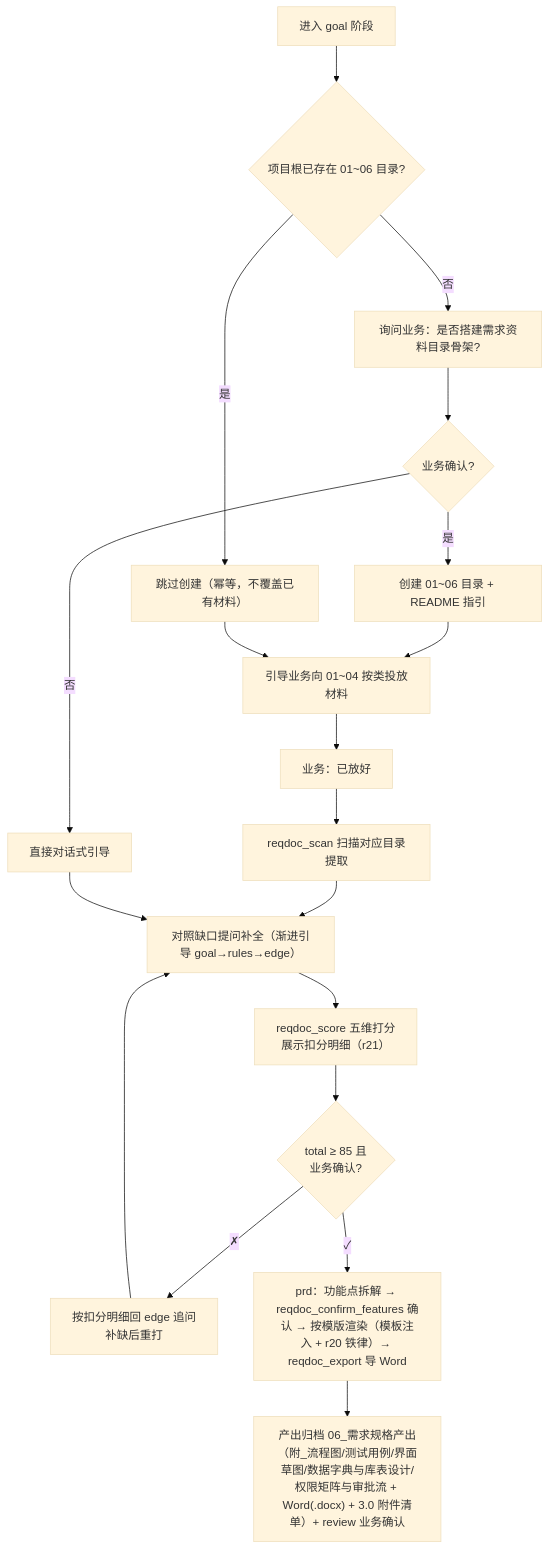
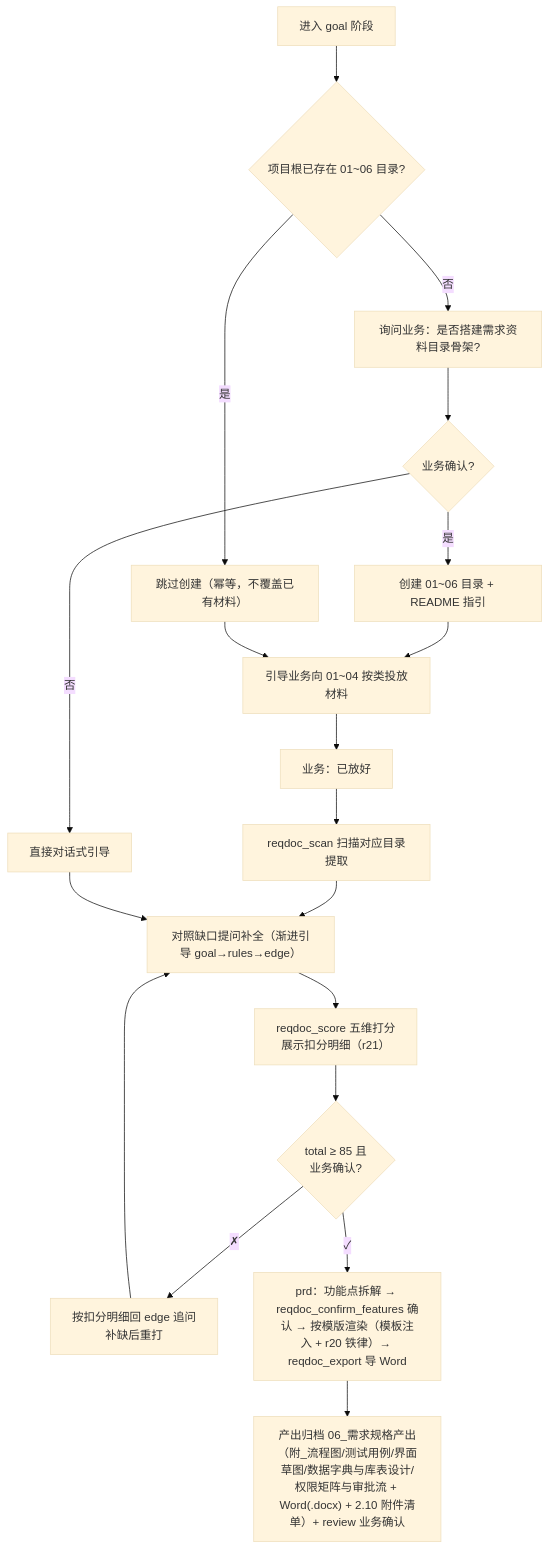
Diagram 17 of 17 in opencode-session-mgmt/docs/session-management.md (wonglaitung/opencode), drawn with Mermaid (base theme) before and after one commit. The commit also changed other lines of this file and 5 other files, not shown here.

````diff
--- a/opencode-session-mgmt/docs/session-management.md
+++ b/opencode-session-mgmt/docs/session-management.md
@@ -1500,21 +1500,21 @@
 ```mermaid
 flowchart TD
     A["进入 goal 阶段"] --> B{"项目根已存在 01~06 目录?"}
     B -- "否" --> C["询问业务：是否搭建需求资料目录骨架?"]
     C --> D{"业务确认?"}
     D -- "是" --> E["创建 01~06 目录 + README 指引"]
     D -- "否" --> F["直接对话式引导"]
     B -- "是" --> G["跳过创建（幂等，不覆盖已有材料）"]
     E --> H["引导业务向 01~04 按类投放材料"]
     G --> H
     H --> I["业务：已放好"]
     I --> J["reqdoc_scan 扫描对应目录提取"]
     J --> K["对照缺口提问补全（渐进引导 goal→rules→edge）"]
     F --> K
     K --> S["reqdoc_score 五维打分<br/>展示扣分明细（r21）"]
     S --> SG{"total ≥ 85 且<br/>业务确认?"}
     SG -->|"✗"| K2["按扣分明细回 edge 追问<br/>补缺后重打"]
     K2 --> K
     SG -->|"✓"| L["prd：功能点拆解 → reqdoc_confirm_features 确认 → 按模版渲染（模板注入 + r20 铁律）→ reqdoc_export 导 Word"]
-    L --> M["产出归档 06_需求规格产出（附_流程图/测试用例/界面草图/数据字典与库表设计/权限矩阵与审批流 + Word(.docx) + 3.0 附件清单）+ review 业务确认"]
+    L --> M["产出归档 06_需求规格产出（附_流程图/测试用例/界面草图/数据字典与库表设计/权限矩阵与审批流 + Word(.docx) + 2.10 附件清单）+ review 业务确认"]
 ```
````
